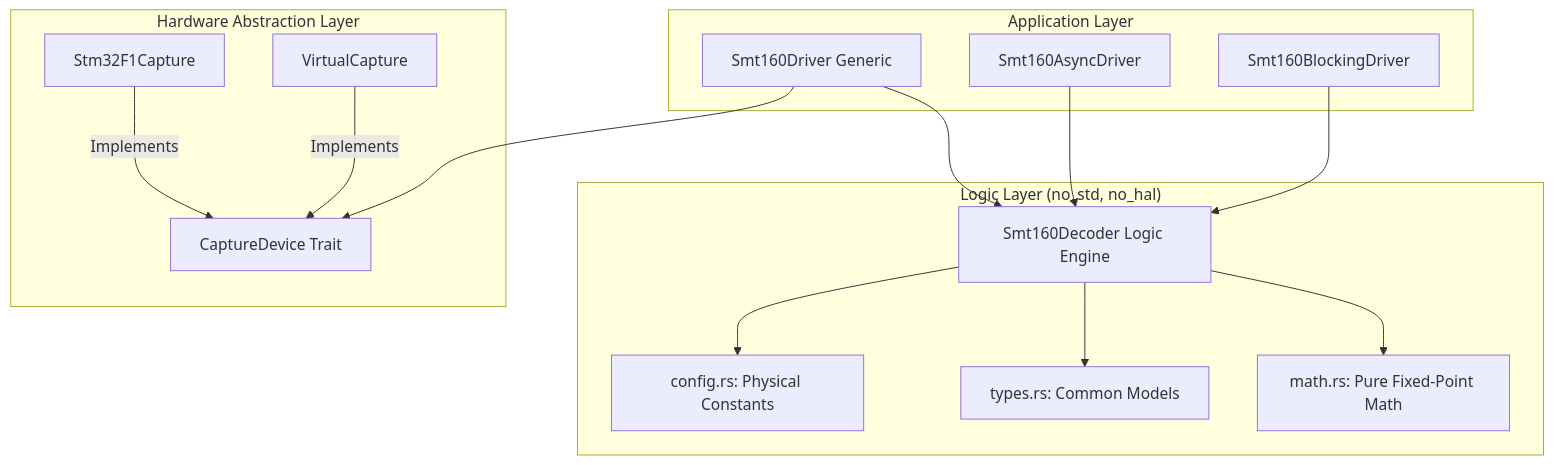
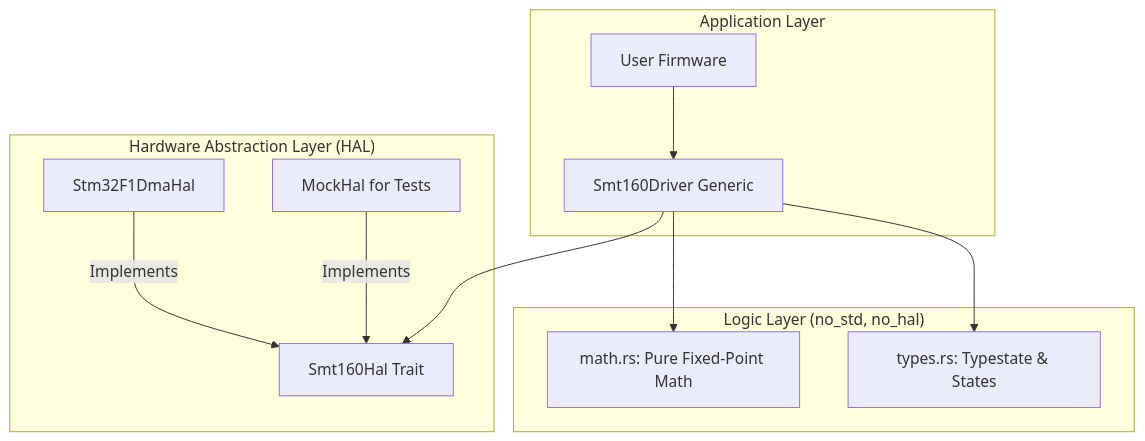
The first of 2 diagrams in Architecture.md (FaezBarghasa/smt160-driver), drawn with Mermaid before and after one commit. The commit also changed other lines of this file and 7 other files, not shown here.

Commit message:
docs: update technical documentation, status taxonomies, and architectural diagrams to reflect refined signal processing and error handling logic

````diff
--- a/Architecture.md
+++ b/Architecture.md
@@ -9,31 +9,25 @@
 ```mermaid
 graph TD
     subgraph "Application Layer"
         Driver[Smt160Driver Generic]
-        Async[Smt160AsyncDriver]
-        Blocking[Smt160BlockingDriver]
+        App[User Firmware]
     end
 
     subgraph "Logic Layer (no_std, no_hal)"
-        Decoder[Smt160Decoder Logic Engine]
         Math[math.rs: Pure Fixed-Point Math]
-        Types[types.rs: Common Models]
-        Config[config.rs: Physical Constants]
+        Types[types.rs: Typestate & States]
     end
 
-    subgraph "Hardware Abstraction Layer"
-        Trait[CaptureDevice Trait]
-        STM32[Stm32F1Capture]
-        Mock[VirtualCapture]
+    subgraph "Hardware Abstraction Layer (HAL)"
+        Trait[Smt160Hal Trait]
+        STM32[Stm32F1DmaHal]
+        Mock[MockHal for Tests]
     end
 
-    Driver --> Decoder
+    App --> Driver
     Driver --> Trait
-    Async --> Decoder
-    Blocking --> Decoder
-    Decoder --> Math
-    Decoder --> Types
-    Decoder --> Config
+    Driver --> Math
+    Driver --> Types
     STM32 -- Implements --> Trait
     Mock -- Implements --> Trait
 ```
````
